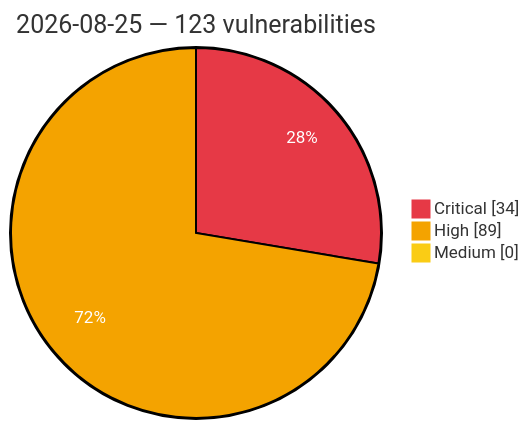
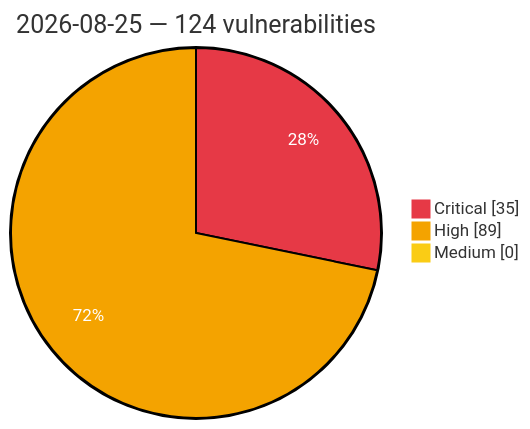
Before and after one commit to GhostX0X/vuln-tracker: the diagram in vulnerabilities/2026/August/2026-08-25.md, drawn with Mermaid. The commit also changed other lines of this file and 5 other files, not shown here.

````diff
--- a/vulnerabilities/2026/August/2026-08-25.md
+++ b/vulnerabilities/2026/August/2026-08-25.md
@@ -3,8 +3,8 @@
 ```mermaid
 %%{init: {'theme':'base', 'themeVariables': {'pie1':'#e63946', 'pie2':'#f4a300', 'pie3':'#facc15', 'pieOpacity':'1', 'pieOuterStrokeWidth':'2px', 'pieSectionTextColor':'#ffffff'}}}%%
 pie showData
-    title 2026-08-25 — 123 vulnerabilities
-    "Critical" : 34
+    title 2026-08-25 — 124 vulnerabilities
+    "Critical" : 35
     "High" : 89
     "Medium" : 0
 ```
````
